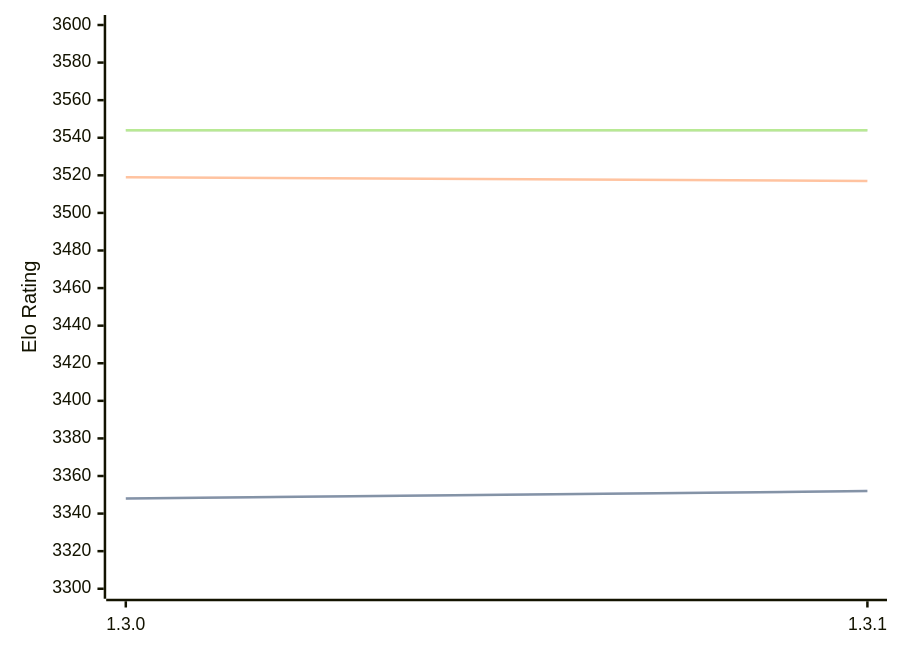
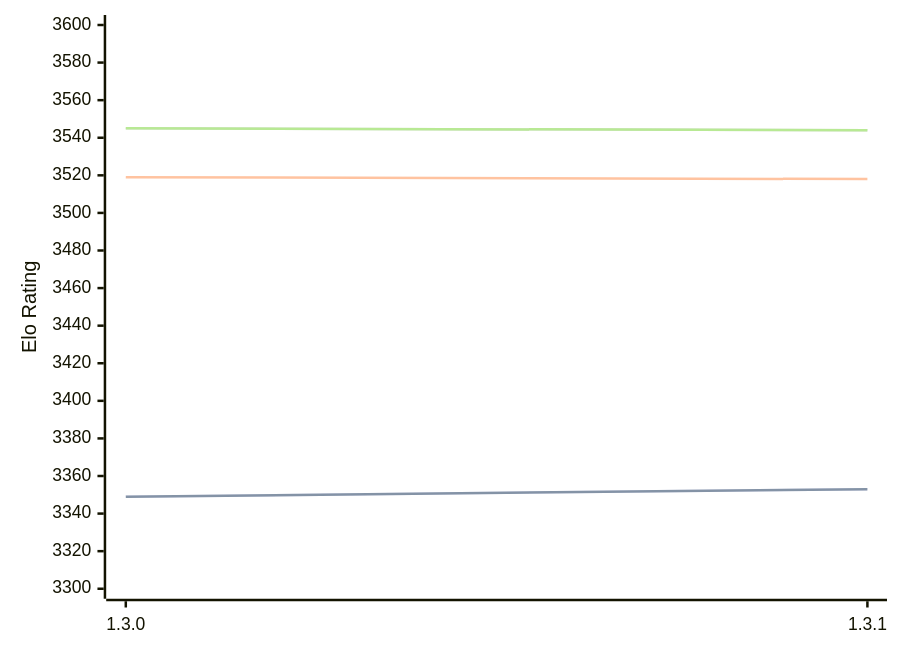
One commit to computer-chess-index/cci changed the diagram in engines/Renegade.md. Above: the diagram before and after it, drawn with Mermaid. The commit also changed other lines of this file, not shown here.

Commit message:
Update CCI Ratings (ELO VLTC) - 2026-09-16

````diff
--- a/engines/Renegade.md
+++ b/engines/Renegade.md
@@ -33,11 +33,11 @@
 ```mermaid
 %%{init: {"theme":"base","themeVariables":{"seriesColors:['#a3a3a3','#222221','#faa371']}}}%%
 xychart-beta
   x-axis ["1.3.0", "1.3.1"]
   y-axis "Elo Rating" 3300 --> 3600
-  line "" [3348, 3352]
-  line "STC (8.0+0.08s)" [3348, 3352]
-  line "LTC (60.0+0.60s)" [3519, 3517]
-  line "" [3544, 3544]
-  line "VLTC (2m24s+1.12s)" [3544, 3544]
+  line "" [3349, 3353]
+  line "STC (8.0+0.08s)" [3349, 3353]
+  line "LTC (60.0+0.60s)" [3519, 3518]
+  line "" [3545, 3544]
+  line "VLTC (2m24s+1.12s)" [3545, 3544]
 ```
````
